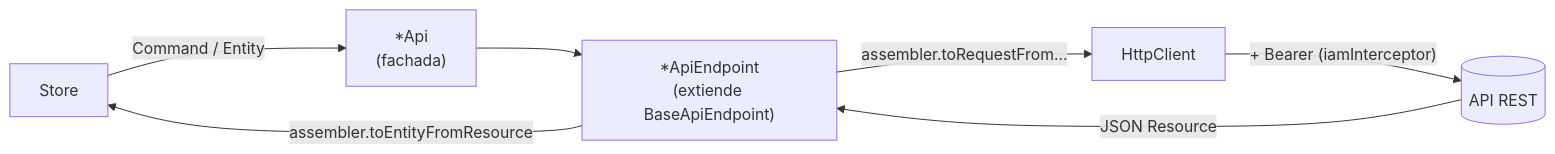
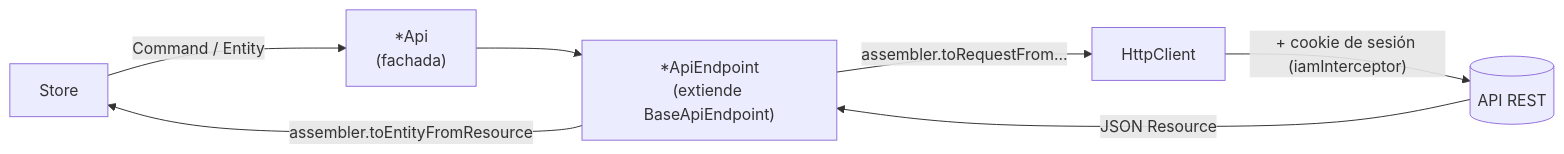
The diagram in docs/architecture/frontend.md (Synhub-2-0/synhub_2), drawn with Mermaid before and after one commit. The commit also changed other lines of this file and 44 other files, not shown here.

First line of the commit message:
fix(SEC-10): HttpOnly session cookie valid for one day (HUM-04)

````diff
--- a/docs/architecture/frontend.md
+++ b/docs/architecture/frontend.md
@@ -49,9 +49,9 @@
 ```mermaid
 flowchart LR
     Store -->|Command / Entity| Api["*Api<br/>(fachada)"]
     Api --> EP["*ApiEndpoint<br/>(extiende BaseApiEndpoint)"]
     EP -->|"assembler.toRequestFrom…"| HTTP[HttpClient]
-    HTTP -->|"+ Bearer (iamInterceptor)"| BE[(API REST)]
+    HTTP -->|"+ cookie de sesión (iamInterceptor)"| BE[(API REST)]
     BE -->|JSON Resource| EP
     EP -->|"assembler.toEntityFromResource"| Store
 ```
````
